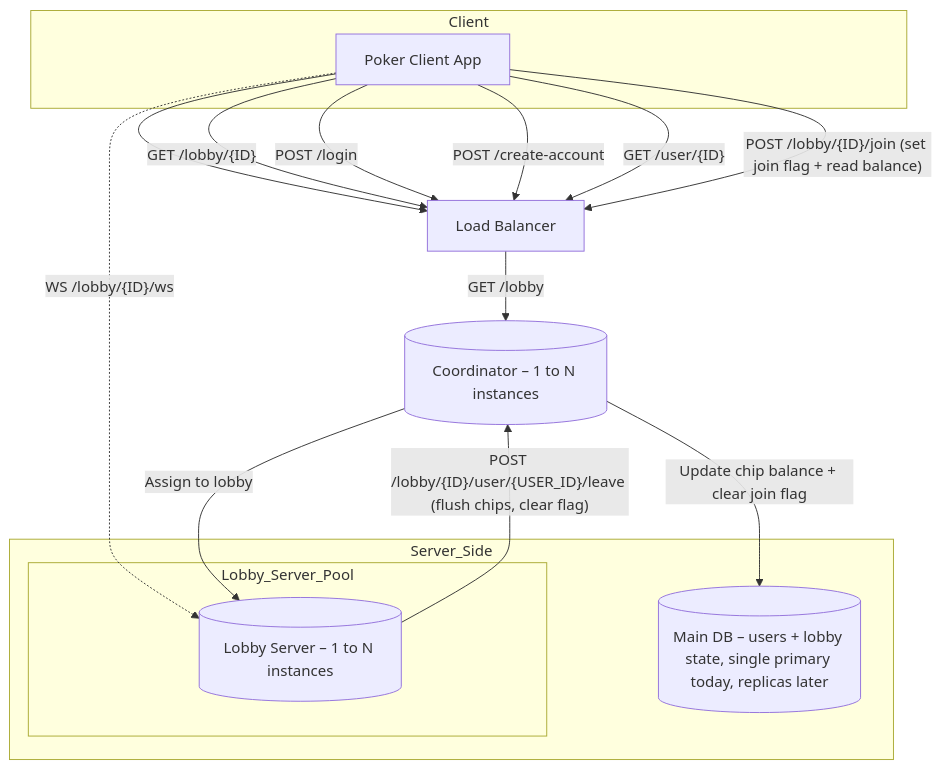
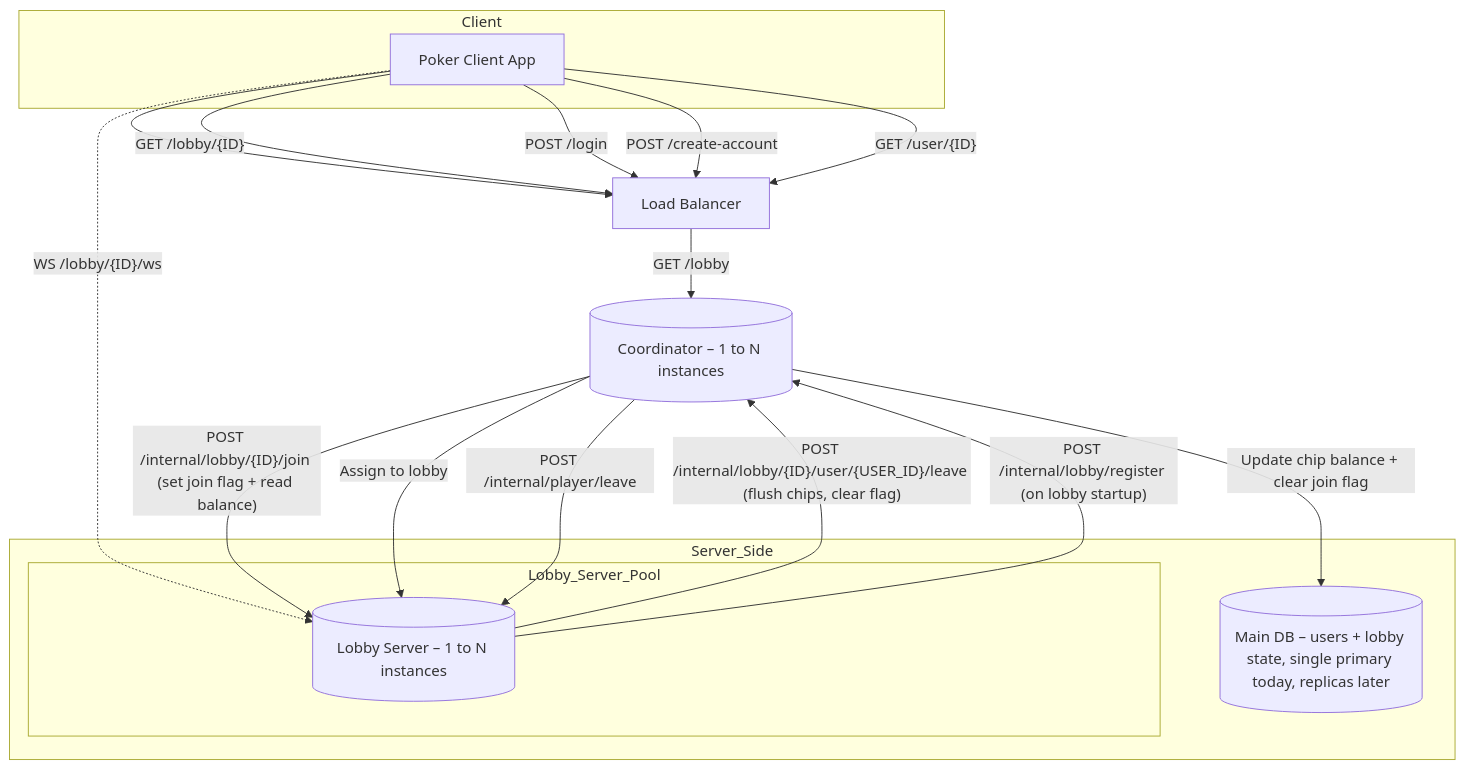
One commit to sebastianrich18/poker-sibs changed the diagram in README.md. Above: the diagram before and after it, drawn with Mermaid. The commit also changed other lines of this file and 5 other files, not shown here.

````diff
--- a/README.md
+++ b/README.md
@@ -122,41 +153,43 @@
 ```mermaid
 graph TD
     %% Online Poker Game – Scalable Architecture (Coordinator handles /leave)
 
     subgraph Client
         A[Poker Client App]
     end
 
     %% Entry Layer
     LB[Load Balancer]
 
     B[(Coordinator – 1 to N instances)]
 
     subgraph Server_Side
         subgraph Lobby_Server_Pool
             C[(Lobby Server – 1 to N instances)]
         end
         D[(Main DB – users + lobby state, single primary today, replicas later)]
     end
 
     %% Client → Coordinator via LB
     A --> LB
     LB -->|"GET /lobby"| B
     A -->|"GET /lobby/{ID}"| LB
     A -->|"POST /login"| LB
     A -->|"POST /create-account"| LB
     A -->|"GET /user/{ID}"| LB
-    A -->|"POST /lobby/{ID}/join (set join flag + read balance)"| LB
 
     %% WebSocket Connections
     A -.->|"WS /lobby/{ID}/ws"| C
 
     %% Lobby Server notifies Coordinator on leave
-    C -->|"POST /lobby/{ID}/user/{USER_ID}/leave (flush chips, clear flag)"| B
+    C -->|"POST /internal/lobby/{ID}/user/{USER_ID}/leave (flush chips, clear flag)"| B
+    C -->|"POST /internal/lobby/register (on lobby startup)"| B
+    B -->|"POST /internal/lobby/{ID}/join (set join flag + read balance)"| C
 
     %% Coordinator commits chip update & clears flag
     B -->|"Update chip balance + clear join flag"| D
 
     %% Internal Coordinator interactions
     B -->|"Assign to lobby"| C
+    B -->|"POST /internal/player/leave"| C
 ```
````
